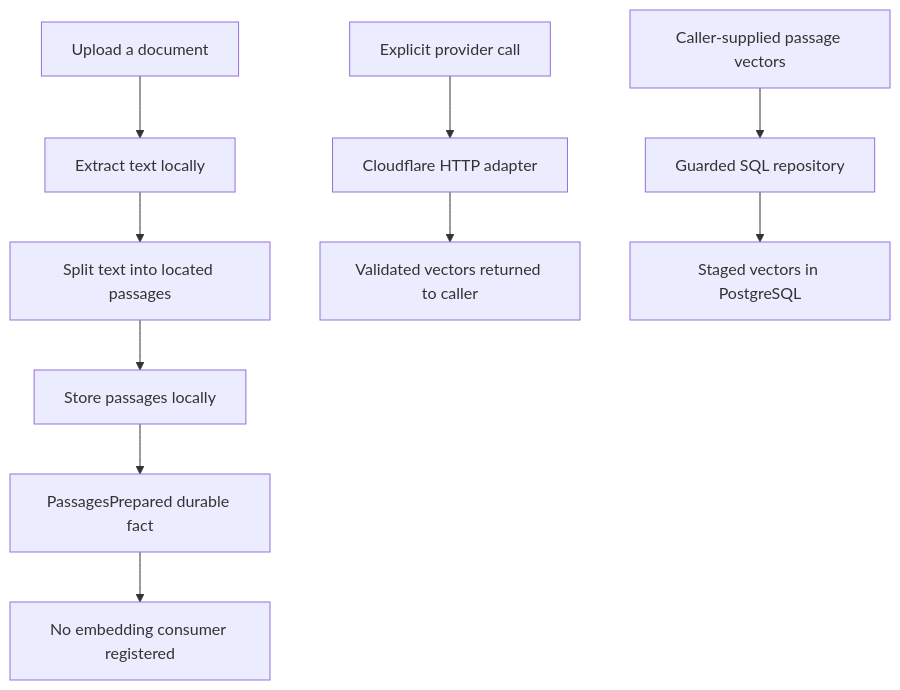
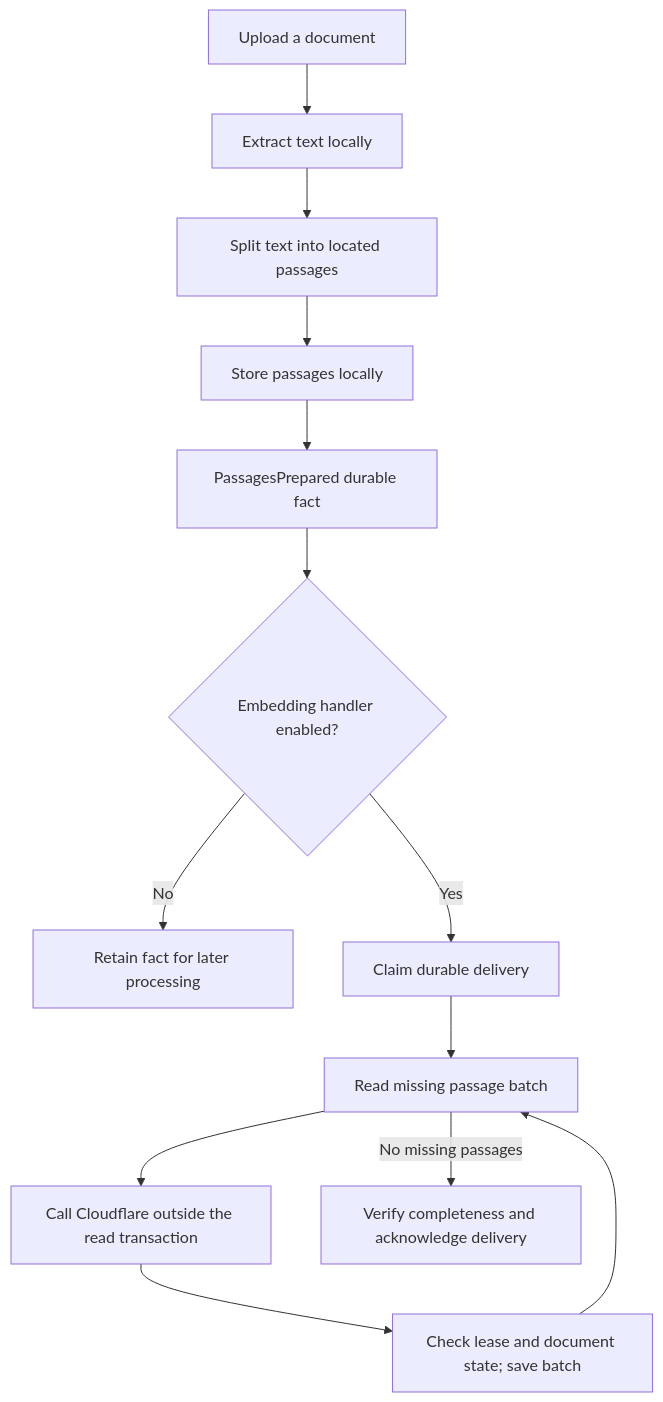
Before and after one commit to FarukValjevac/SecondBrain: the first of 7 diagrams in .learnigns/embedding-contract-guide.md, drawn with Mermaid. The commit also changed other lines of this file and 21 other files, not shown here.

Commit message:
feat(embeddings): stage vectors through durable delivery

````diff
--- a/.learnigns/embedding-contract-guide.md
+++ b/.learnigns/embedding-contract-guide.md
@@ -25,13 +25,15 @@
 ```mermaid
 flowchart TD
     Upload[Upload a document] --> Extract[Extract text locally]
     Extract --> Split[Split text into located passages]
     Split --> PassageStore[Store passages locally]
     PassageStore --> Fact[PassagesPrepared durable fact]
-    Fact --> Boundary[No embedding consumer registered]
-
-    Explicit[Explicit provider call] --> Embed[Cloudflare HTTP adapter]
-    Embed --> Vectors[Validated vectors returned to caller]
-    Supplied[Caller-supplied passage vectors] --> Repository[Guarded SQL repository]
-    Repository --> VectorStore[Staged vectors in PostgreSQL]
+    Fact --> Enabled{Embedding handler enabled?}
+    Enabled -->|No| Retain[Retain fact for later processing]
+    Enabled -->|Yes| Worker[Claim durable delivery]
+    Worker --> Read[Read missing passage batch]
+    Read --> Embed[Call Cloudflare outside the read transaction]
+    Embed --> Checkpoint[Check lease and document state; save batch]
+    Checkpoint --> Read
+    Read -->|No missing passages| Finish[Verify completeness and acknowledge delivery]
 ```
````
